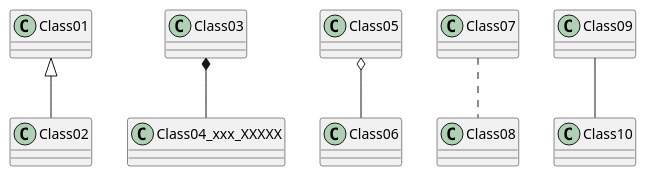
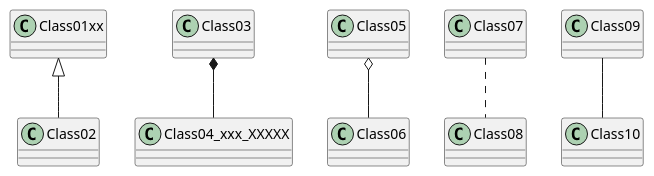
One commit to nemethmik/ExperimentingWithAndroid changed the diagram in AS34Essentials32ViewModelDemo/README.md. Above: the diagram before and after it, drawn with PlantUML. The commit also changed other lines of this file and 6 other files, not shown here.

````diff
--- a/AS34Essentials32ViewModelDemo/README.md
+++ b/AS34Essentials32ViewModelDemo/README.md
@@ -52,9 +52,9 @@
 ```puml
 @startuml 
-Class01 <|-- Class02 
+Class01xx <|-- Class02 
 Class03 *-- Class04_xxx_XXXXX
 Class05 o-- Class06 
 Class07 .. Class08 
 Class09 -- Class10
 @enduml
 ```
````
